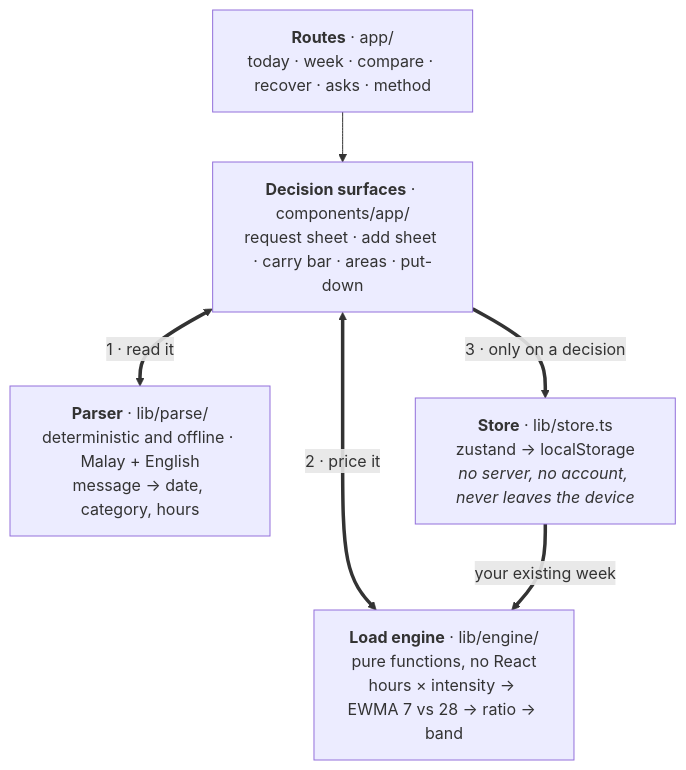
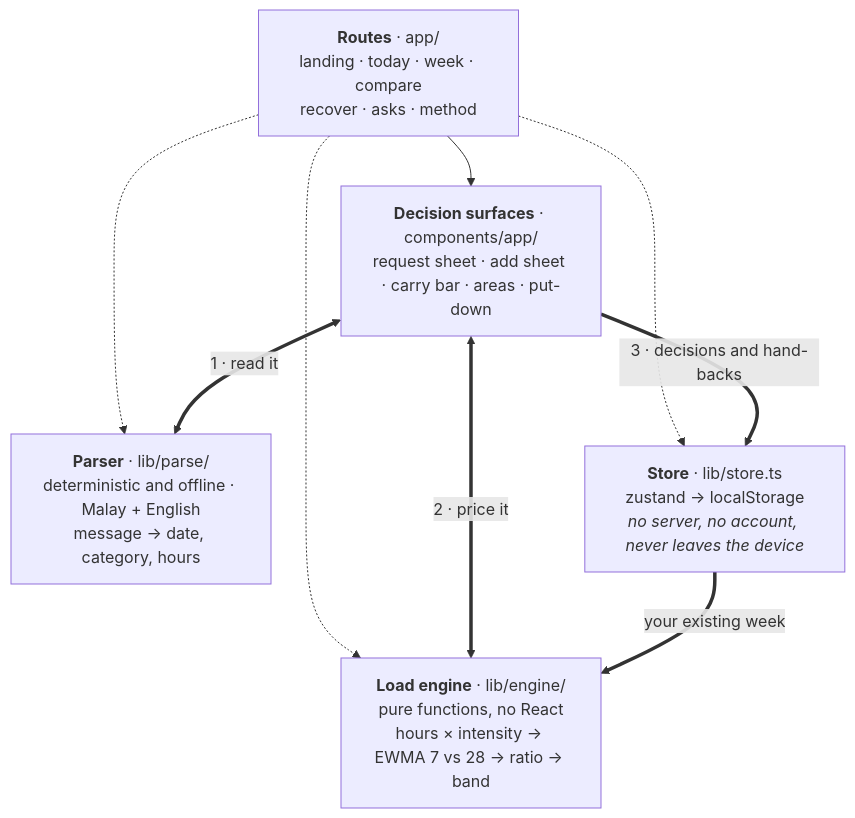
Before and after one commit to shuheng0330/CodeNection-2026: the second of 2 diagrams in docs/readme-sections-ku.md, drawn with Mermaid. The commit also changed other lines of this file and 4 other files, not shown here.

````diff
--- a/docs/readme-sections-ku.md
+++ b/docs/readme-sections-ku.md
@@ -338,14 +419,17 @@
 ```mermaid
 flowchart TD
-    routes["<b>Routes</b> · app/<br/>today · week · compare · recover · asks · method"]
+    routes["<b>Routes</b> · app/<br/>landing · today · week · compare<br/>recover · asks · method"]
     surfaces["<b>Decision surfaces</b> · components/app/<br/>request sheet · add sheet · carry bar · areas · put-down"]
     parser["<b>Parser</b> · lib/parse/<br/>deterministic and offline · Malay + English<br/>message → date, category, hours"]
     engine["<b>Load engine</b> · lib/engine/<br/>pure functions, no React<br/>hours × intensity → EWMA 7 vs 28 → ratio → band"]
     store["<b>Store</b> · lib/store.ts<br/>zustand → localStorage<br/><i>no server, no account, never leaves the device</i>"]
 
     routes --> surfaces
+    routes -.-> parser
+    routes -.-> engine
+    routes -.-> store
     surfaces <== "1 · read it" ==> parser
     surfaces <== "2 · price it" ==> engine
-    surfaces == "3 · only on a decision" ==> store
+    surfaces == "3 · decisions and hand-backs" ==> store
     store == "your existing week" ==> engine
 ```
````
